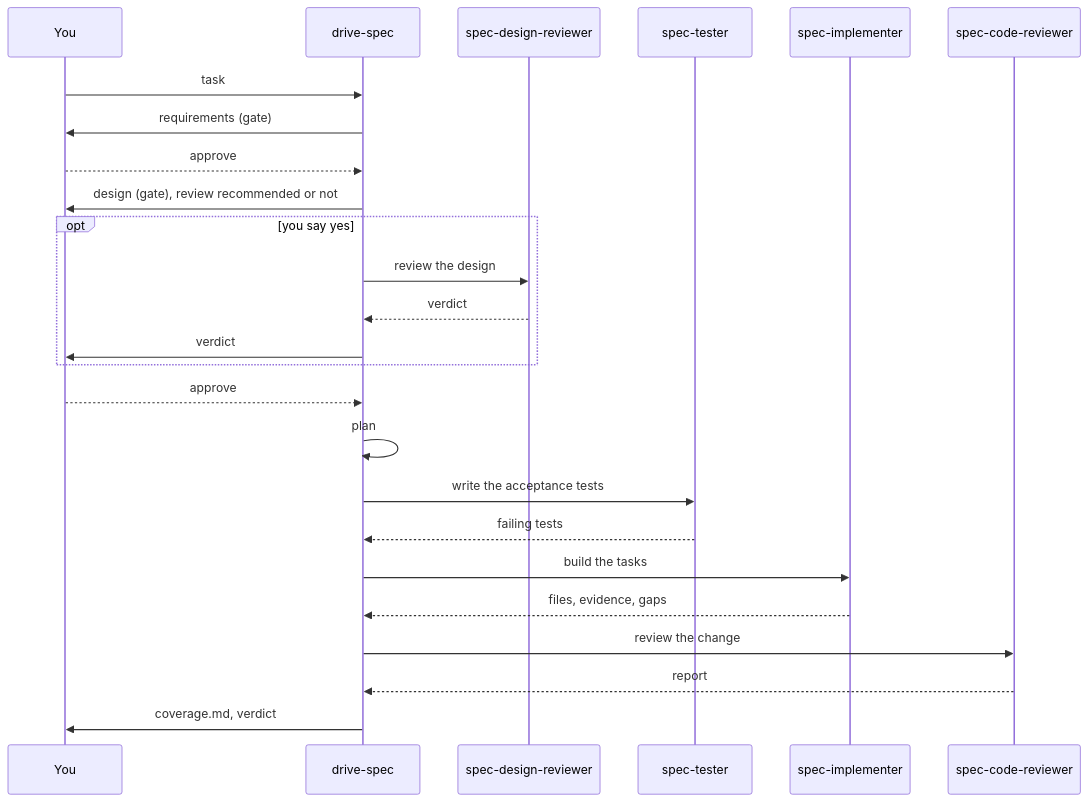
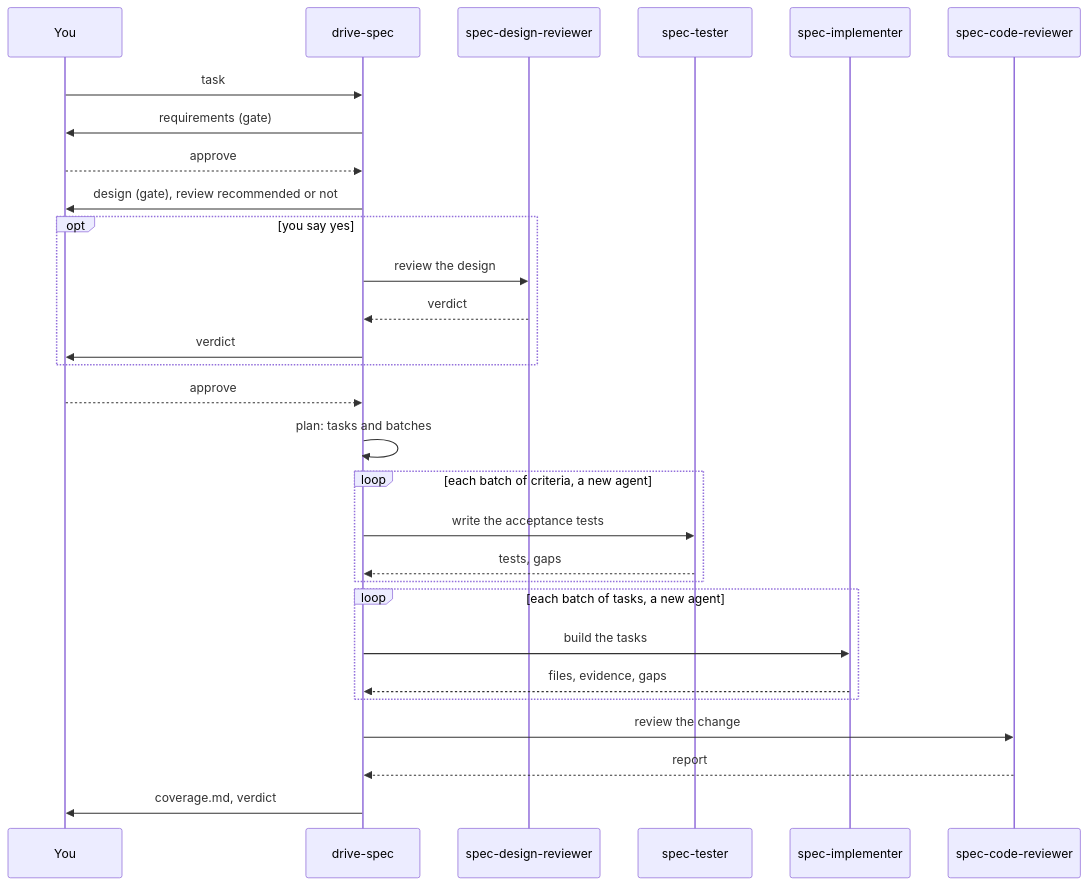
One commit to SimonWang9610/my-claude changed the fourth of 4 diagrams in plugins/my-workflow/DESIGN.md. Above: the diagram before and after it, drawn with Mermaid. The commit also changed other lines of this file and 21 other files, not shown here.

````diff
--- a/plugins/my-workflow/DESIGN.md
+++ b/plugins/my-workflow/DESIGN.md
@@ -223,27 +388,31 @@
 ```mermaid
 sequenceDiagram
   participant U as You
   participant D as drive-spec
   participant DR as spec-design-reviewer
   participant T as spec-tester
   participant I as spec-implementer
   participant CR as spec-code-reviewer
   U->>D: task
   D->>U: requirements (gate)
   U-->>D: approve
   D->>U: design (gate), review recommended or not
   opt you say yes
     D->>DR: review the design
     DR-->>D: verdict
     D->>U: verdict
   end
   U-->>D: approve
-  D->>D: plan
-  D->>T: write the acceptance tests
-  T-->>D: failing tests
-  D->>I: build the tasks
-  I-->>D: files, evidence, gaps
+  D->>D: plan: tasks and batches
+  loop each batch of criteria, a new agent
+    D->>T: write the acceptance tests
+    T-->>D: tests, gaps
+  end
+  loop each batch of tasks, a new agent
+    D->>I: build the tasks
+    I-->>D: files, evidence, gaps
+  end
   D->>CR: review the change
   CR-->>D: report
   D->>U: coverage.md, verdict
 ```
````
